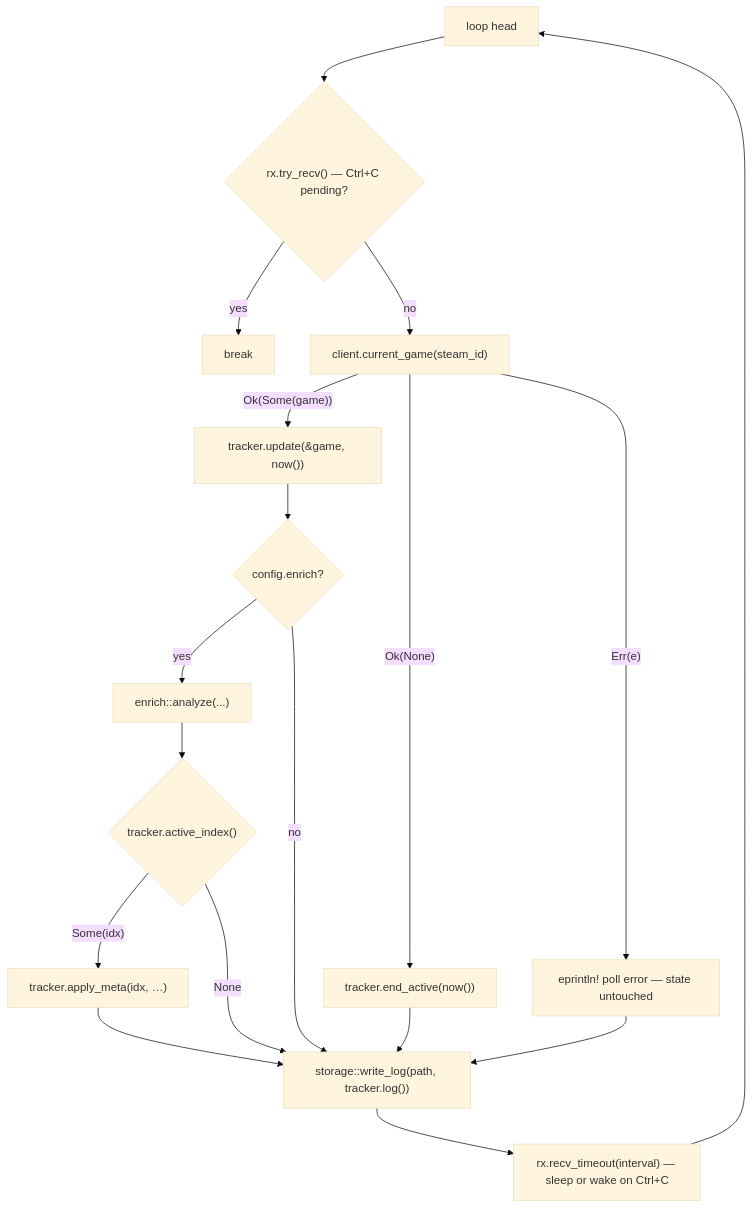
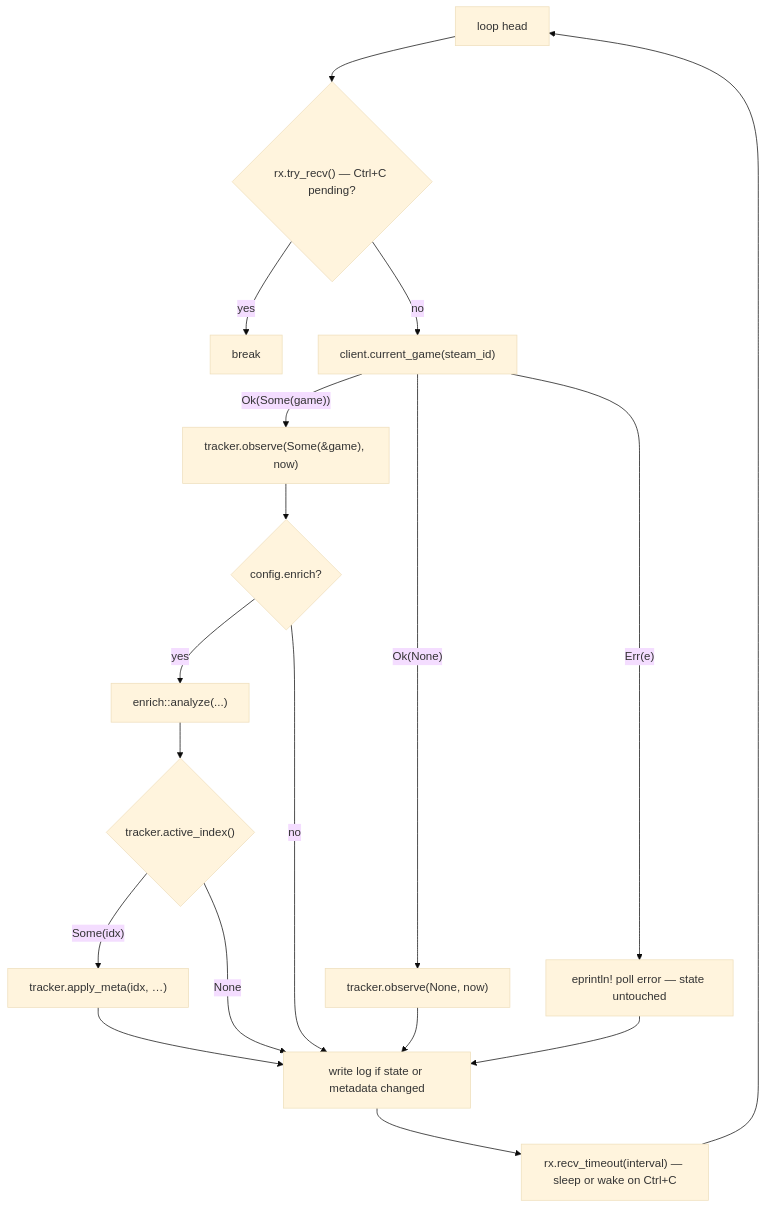
Before and after one commit to havaianasdestruido/steamlogger: the diagram in website/docs/architecture/poll-loop.mdx, drawn with Mermaid (base theme). The commit also changed other lines of this file and 20 other files, not shown here.

````diff
--- a/website/docs/architecture/poll-loop.mdx
+++ b/website/docs/architecture/poll-loop.mdx
@@ -41,20 +41,20 @@
 ```mermaid
 flowchart TD
   S["loop head"] --> T{"rx.try_recv() — Ctrl+C pending?"}
   T -->|yes| X["break"]
   T -->|no| P["client.current_game(steam_id)"]
-  P -->|"Ok(Some(game))"| U["tracker.update(&game, now())"]
-  P -->|"Ok(None)"| E["tracker.end_active(now())"]
+  P -->|"Ok(Some(game))"| U["tracker.observe(Some(&game), now)"]
+  P -->|"Ok(None)"| E["tracker.observe(None, now)"]
   P -->|"Err(e)"| L["eprintln! poll error — state untouched"]
   U --> C{"config.enrich?"}
   C -->|yes| A["enrich::analyze(...)"]
   A --> I{"tracker.active_index()"}
   I -->|"Some(idx)"| M["tracker.apply_meta(idx, …)"]
   I -->|None| W
   C -->|no| W
-  M --> W["storage::write_log(path, tracker.log())"]
+  M --> W["write log if state or metadata changed"]
   E --> W
   L --> W
   W --> Z["rx.recv_timeout(interval) — sleep or wake on Ctrl+C"]
   Z --> S
 ```
````
